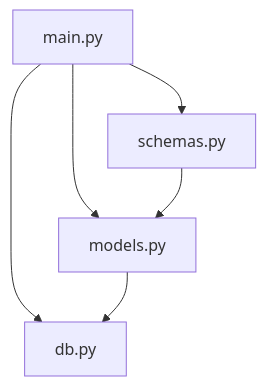
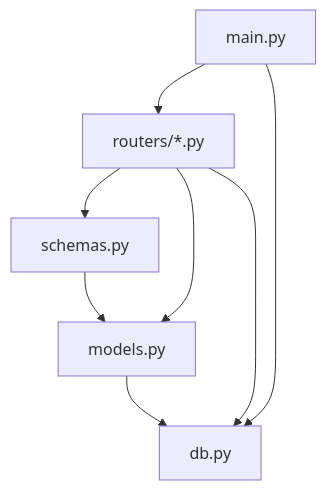
Before and after one commit to PUCTech/rayume: the first of 2 diagrams in docs/backend/architecture/README.md, drawn with Mermaid. The commit also changed other lines of this file and 4 other files, not shown here.

````diff
--- a/docs/backend/architecture/README.md
+++ b/docs/backend/architecture/README.md
@@ -29,8 +31,10 @@
 ```mermaid
 flowchart TD
-  main[main.py] --> schemas[schemas.py]
-  main --> models[models.py]
-  main --> db[db.py]
+  main[main.py] --> routers[routers/*.py]
+  routers --> schemas[schemas.py]
+  routers --> models[models.py]
+  routers --> db[db.py]
+  main --> db
   schemas --> models
   models --> db
 ```
````
